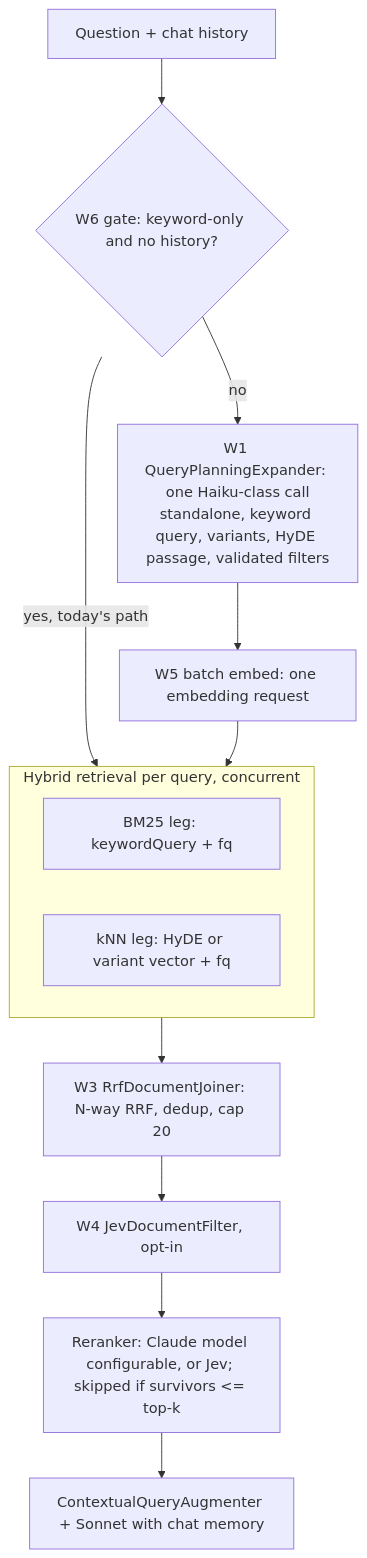
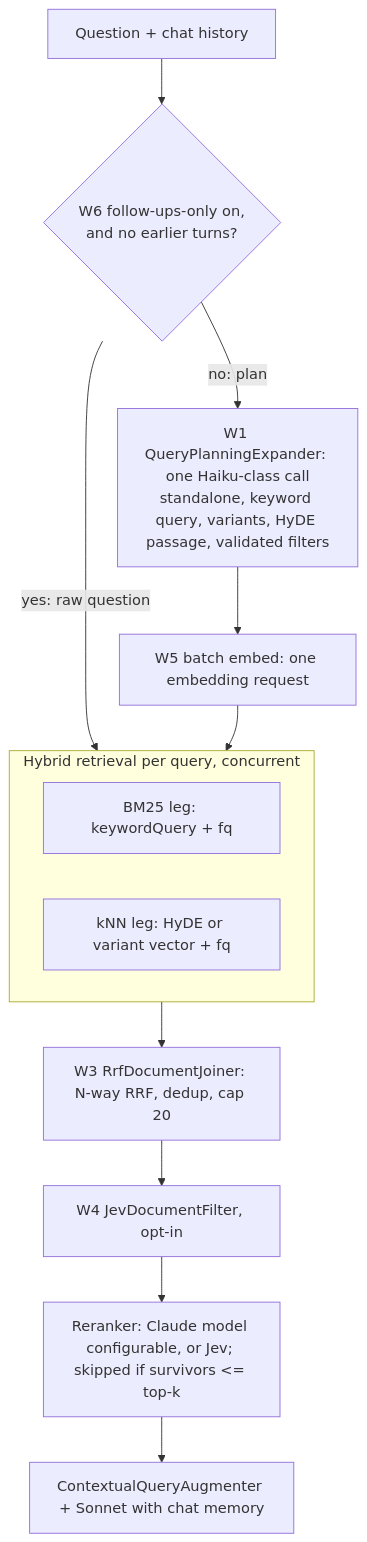
Before and after one commit to adityamparikh/ai-powered-search: the diagram in docs/rag-pipeline.md, drawn with Mermaid. The commit also changed other lines of this file, not shown here.

Commit message:
docs(rag): drop stale W6 gate wording from the pipeline diagram
#47 replaced the heuristic gate with follow-ups-only, but the target
pipeline flowchart and step 3 of the request flow still described the gate.

````diff
--- a/docs/rag-pipeline.md
+++ b/docs/rag-pipeline.md
@@ -15,16 +15,16 @@
 ```mermaid
 flowchart TD
-    A[Question + chat history] --> G{W6 gate: keyword-only and no history?}
-    G -- yes, today's path --> R
-    G -- no --> P[W1 QueryPlanningExpander: one Haiku-class call<br/>standalone, keyword query, variants, HyDE passage, validated filters]
+    A[Question + chat history] --> G{W6 follow-ups-only on,<br/>and no earlier turns?}
+    G -- yes: raw question --> R
+    G -- no: plan --> P[W1 QueryPlanningExpander: one Haiku-class call<br/>standalone, keyword query, variants, HyDE passage, validated filters]
     P --> E[W5 batch embed: one embedding request]
     E --> R
     subgraph R[Hybrid retrieval per query, concurrent]
       B[BM25 leg: keywordQuery + fq]
       K[kNN leg: HyDE or variant vector + fq]
     end
     R --> J[W3 RrfDocumentJoiner: N-way RRF, dedup, cap 20]
     J --> F[W4 JevDocumentFilter, opt-in]
     F --> RR[Reranker: Claude model configurable, or Jev; skipped if survivors <= top-k]
     RR --> Gen[ContextualQueryAugmenter + Sonnet with chat memory]
 ```
````
